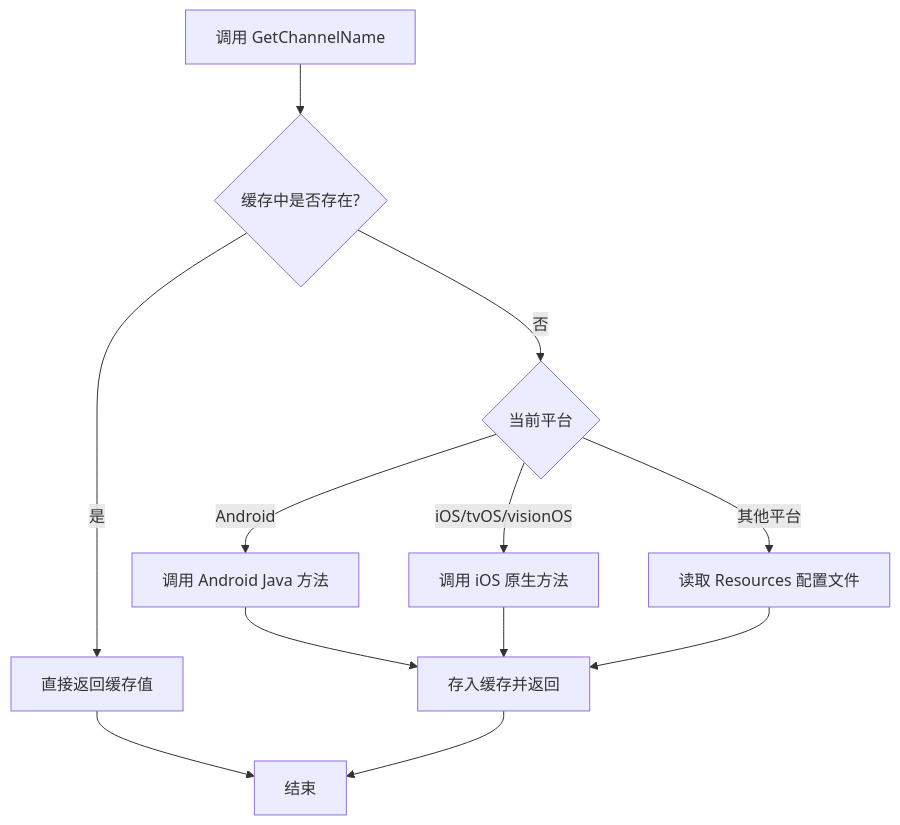
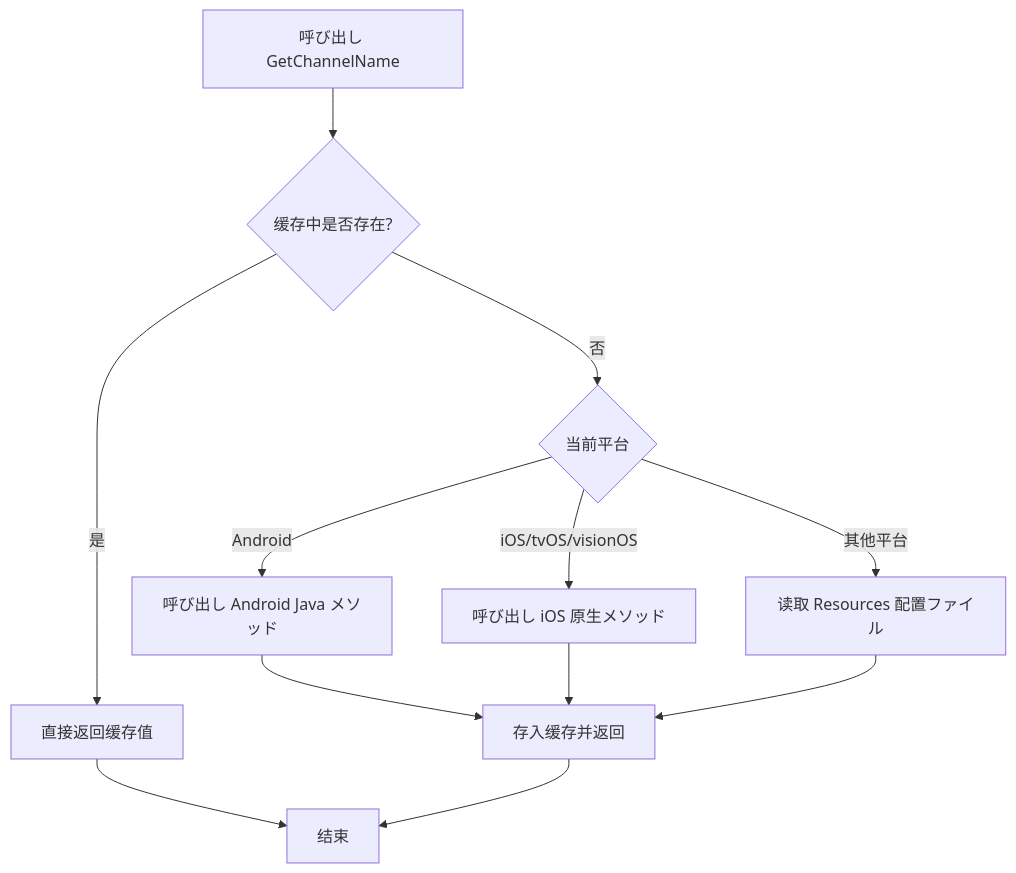
Before and after one commit to AlianBlank/GameFrameX.Docs: the diagram in docs/ja/client/unity/component/getchannel/03.getting-started.md, drawn with Mermaid. The commit also changed other lines of this file and 603 other files, not shown here.

````diff
--- a/docs/ja/client/unity/component/getchannel/03.getting-started.md
+++ b/docs/ja/client/unity/component/getchannel/03.getting-started.md
@@ -89,14 +89,14 @@
 ```mermaid
 flowchart TD
-    A[调用 GetChannelName] --> B{缓存中是否存在?}
+    A[呼び出し GetChannelName] --> B{缓存中是否存在?}
     B -->|是| C[直接返回缓存值]
     B -->|否| D{当前平台}
-    D -->|Android| E[调用 Android Java 方法]
-    D -->|iOS/tvOS/visionOS| F[调用 iOS 原生方法]
-    D -->|其他平台| G[读取 Resources 配置文件]
+    D -->|Android| E[呼び出し Android Java メソッド]
+    D -->|iOS/tvOS/visionOS| F[呼び出し iOS 原生メソッド]
+    D -->|其他平台| G[读取 Resources 配置ファイル]
     E --> H[存入缓存并返回]
     F --> H
     G --> H
     C --> I[结束]
     H --> I
 ```
````
